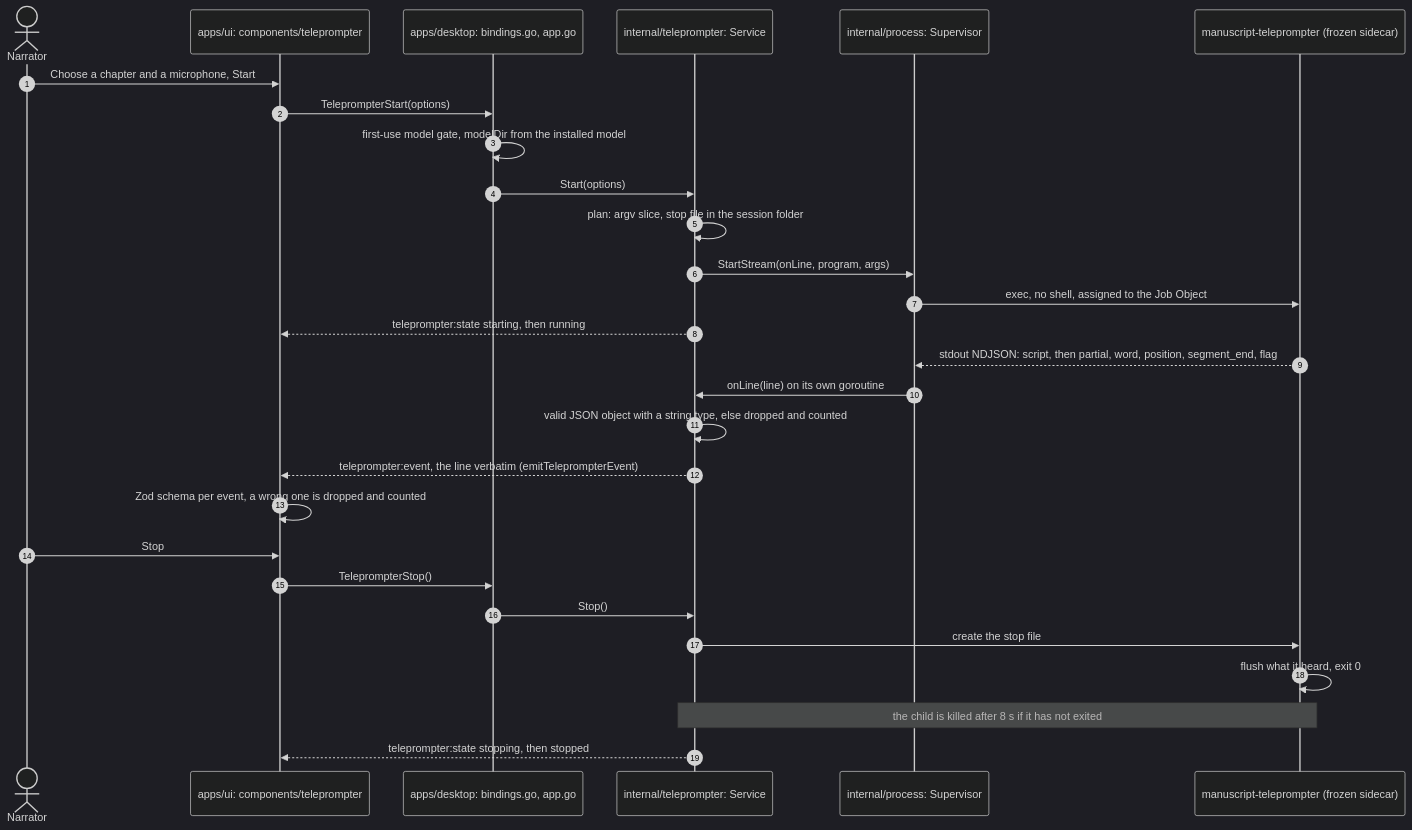
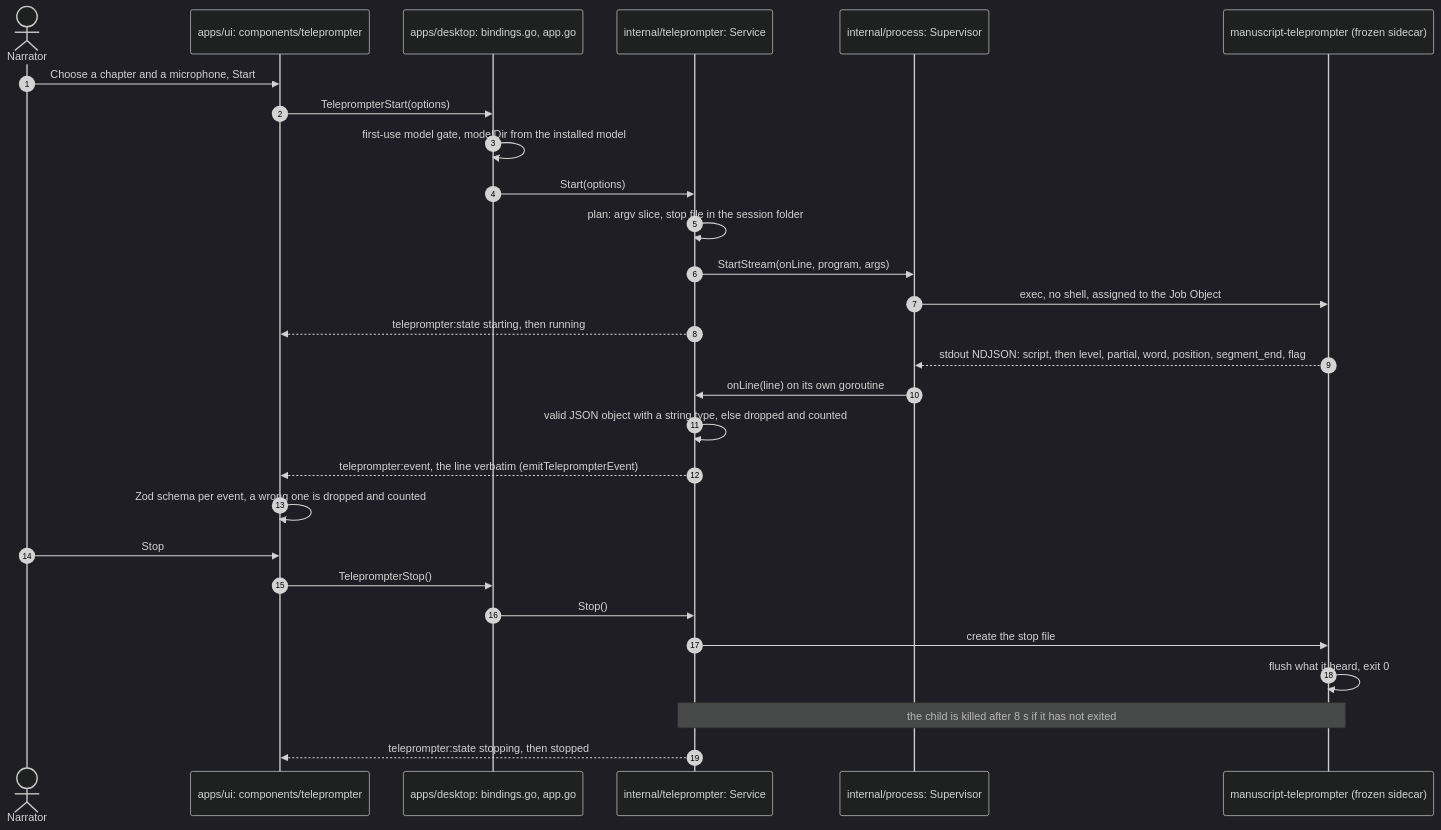
One commit to countrymanprime/narration-utils changed the diagram in docs/architecture/manuscript-teleprompter.md. Above: the diagram before and after it, drawn with Mermaid (dark theme). The commit also changed other lines of this file and 33 other files, not shown here.

````diff
--- a/docs/architecture/manuscript-teleprompter.md
+++ b/docs/architecture/manuscript-teleprompter.md
@@ -317,30 +317,30 @@
 ```mermaid
 sequenceDiagram
   autonumber
   actor N as Narrator
   participant UI as apps/ui: components/teleprompter
   participant B as apps/desktop: bindings.go, app.go
   participant S as internal/teleprompter: Service
   participant P as internal/process: Supervisor
   participant T as manuscript-teleprompter (frozen sidecar)
   N->>UI: Choose a chapter and a microphone, Start
   UI->>B: TeleprompterStart(options)
   B->>B: first-use model gate, modelDir from the installed model
   B->>S: Start(options)
   S->>S: plan: argv slice, stop file in the session folder
   S->>P: StartStream(onLine, program, args)
   P->>T: exec, no shell, assigned to the Job Object
   S-->>UI: teleprompter:state starting, then running
-  T-->>P: stdout NDJSON: script, then partial, word, position, segment_end, flag
+  T-->>P: stdout NDJSON: script, then level, partial, word, position, segment_end, flag
   P->>S: onLine(line) on its own goroutine
   S->>S: valid JSON object with a string type, else dropped and counted
   S-->>UI: teleprompter:event, the line verbatim (emitTeleprompterEvent)
   UI->>UI: Zod schema per event, a wrong one is dropped and counted
   N->>UI: Stop
   UI->>B: TeleprompterStop()
   B->>S: Stop()
   S->>T: create the stop file
   T->>T: flush what it heard, exit 0
   Note over S,T: the child is killed after 8 s if it has not exited
   S-->>UI: teleprompter:state stopping, then stopped
 ```
````
